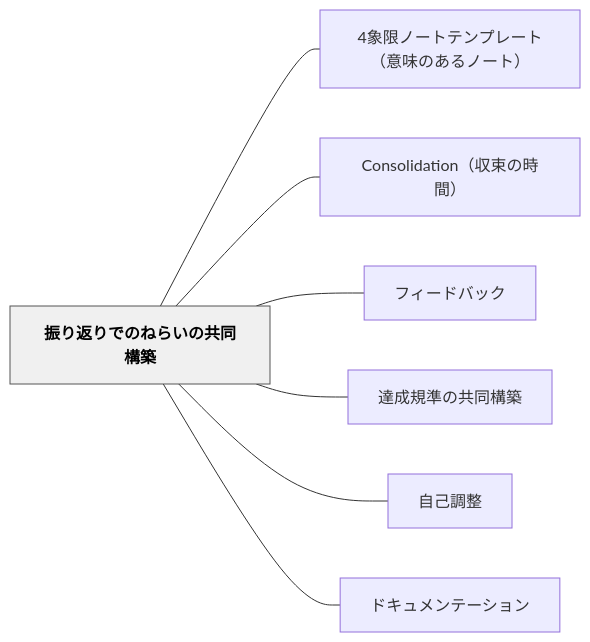
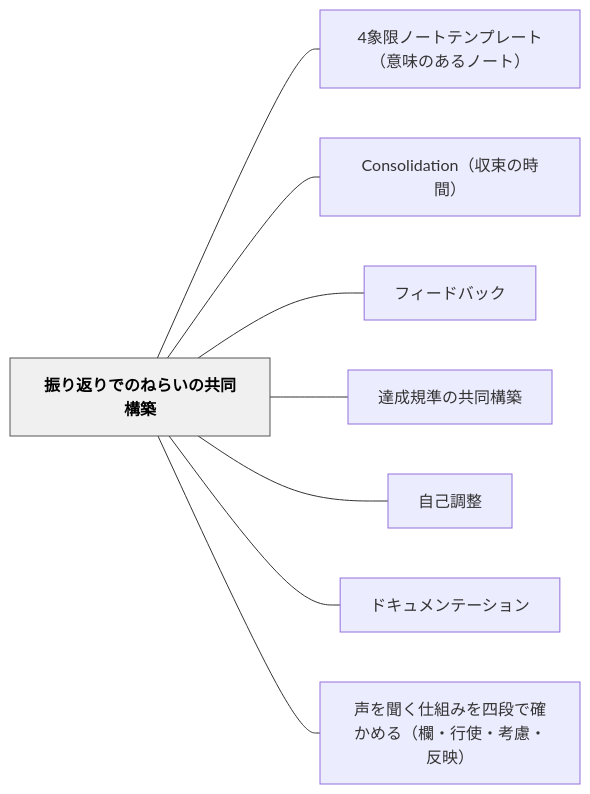
One commit to unknownthings-ed-patterns/unknownthings-ed-patterns changed the diagram in content/パタン/振り返りでのねらいの共同構築.md. Above: the diagram before and after it, drawn with Mermaid. The commit also changed other lines of this file and 14 other files, not shown here.

````diff
--- a/content/パタン/振り返りでのねらいの共同構築.md
+++ b/content/パタン/振り返りでのねらいの共同構築.md
@@ -44,20 +44,22 @@
 ```mermaid
 flowchart LR
     ne68cafe3828ae8bf94e3828ae381a7e381aee381ade38289e38184e381aee585b1e5908ce6a78be7af89["振り返りでのねらいの共同構築"]
     n34e8b1a1e99990e3838ee383bce38388e38386e383b3e38397e383ace383bce38388efbc88e6848fe591b3e381aee38182e3828be3838ee383bce38388efbc89["4象限ノートテンプレート（意味のあるノート）"]
     n436f6e736f6c69646174696f6eefbc88e58f8ee69d9fe381aee69982e99693efbc89["Consolidation（収束の時間）"]
     ne38395e382a3e383bce38389e38390e38383e382af["フィードバック"]
     ne98194e68890e8a68fe6ba96e381aee585b1e5908ce6a78be7af89["達成規準の共同構築"]
     ne887aae5b7b1e8aabfe695b4["自己調整"]
     ne38389e382ade383a5e383a1e383b3e38386e383bce382b7e383a7e383b3["ドキュメンテーション"]
+    ne5a3b0e38292e8819ee3818fe4bb95e7b584e381bfe38292e59b9be6aeb5e381a7e7a2bae3818be38281e3828befbc88e6ac84e383bbe8a18ce4bdbfe383bbe88083e685aee383bbe58f8de698a0efbc89["声を聞く仕組みを四段で確かめる（欄・行使・考慮・反映）"]
 
     ne68cafe3828ae8bf94e3828ae381a7e381aee381ade38289e38184e381aee585b1e5908ce6a78be7af89 --- n34e8b1a1e99990e3838ee383bce38388e38386e383b3e38397e383ace383bce38388efbc88e6848fe591b3e381aee38182e3828be3838ee383bce38388efbc89
     ne68cafe3828ae8bf94e3828ae381a7e381aee381ade38289e38184e381aee585b1e5908ce6a78be7af89 --- n436f6e736f6c69646174696f6eefbc88e58f8ee69d9fe381aee69982e99693efbc89
     ne68cafe3828ae8bf94e3828ae381a7e381aee381ade38289e38184e381aee585b1e5908ce6a78be7af89 --- ne38395e382a3e383bce38389e38390e38383e382af
     ne68cafe3828ae8bf94e3828ae381a7e381aee381ade38289e38184e381aee585b1e5908ce6a78be7af89 --- ne98194e68890e8a68fe6ba96e381aee585b1e5908ce6a78be7af89
     ne68cafe3828ae8bf94e3828ae381a7e381aee381ade38289e38184e381aee585b1e5908ce6a78be7af89 --- ne887aae5b7b1e8aabfe695b4
     ne68cafe3828ae8bf94e3828ae381a7e381aee381ade38289e38184e381aee585b1e5908ce6a78be7af89 --- ne38389e382ade383a5e383a1e383b3e38386e383bce382b7e383a7e383b3
+    ne68cafe3828ae8bf94e3828ae381a7e381aee381ade38289e38184e381aee585b1e5908ce6a78be7af89 --- ne5a3b0e38292e8819ee3818fe4bb95e7b584e381bfe38292e59b9be6aeb5e381a7e7a2bae3818be38281e3828befbc88e6ac84e383bbe8a18ce4bdbfe383bbe88083e685aee383bbe58f8de698a0efbc89
 
     classDef hub fill:#f0f0f0,stroke:#555,color:#000,font-weight:bold
     class ne68cafe3828ae8bf94e3828ae381a7e381aee381ade38289e38184e381aee585b1e5908ce6a78be7af89 hub
 ```
````
